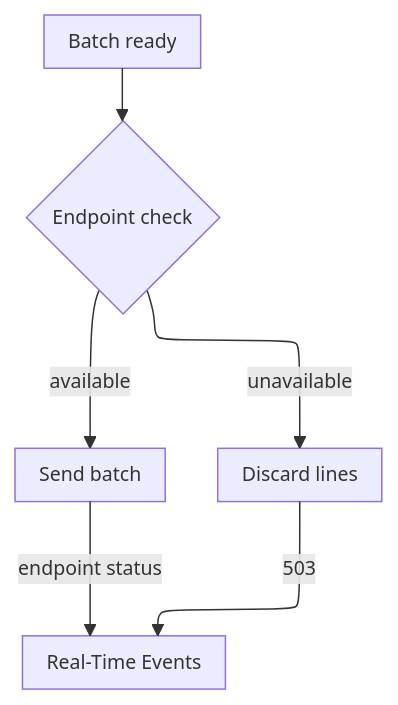
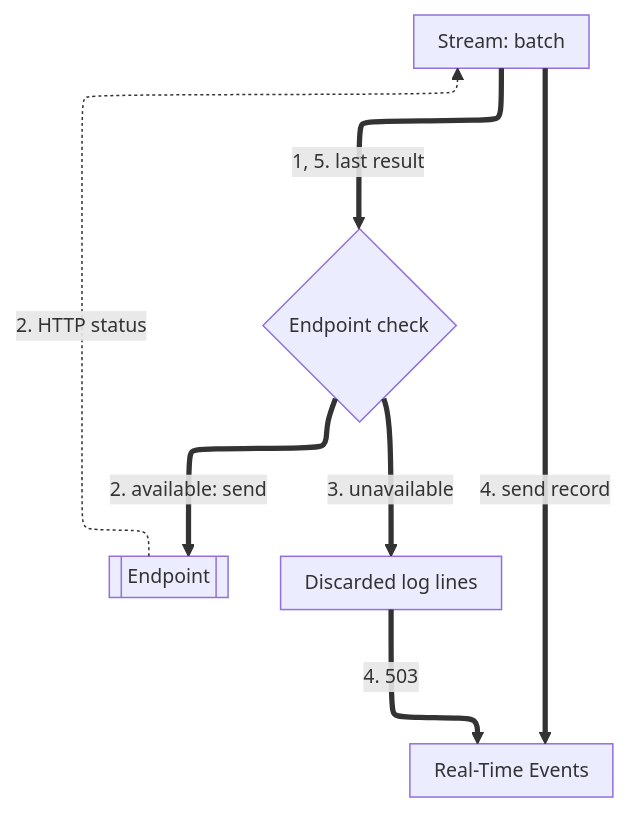
One commit to aziontech/docs changed the third of 3 diagrams in apps/docs/src/content/docs/en/pages/observe/data-stream/how-it-works.mdx. Above: the diagram before and after it, drawn with Mermaid. The commit also changed other lines of this file and 92 other files, not shown here.

````diff
--- a/apps/docs/src/content/docs/en/pages/observe/data-stream/how-it-works.mdx
+++ b/apps/docs/src/content/docs/en/pages/observe/data-stream/how-it-works.mdx
@@ -100,9 +113,15 @@
 ```mermaid
-%%{init: {"layout": "elk", "themeVariables": {"fontSize": "13px"}, "flowchart": {"nodeSpacing": 24, "rankSpacing": 36, "padding": 8, "wrappingWidth": 150, "useMaxWidth": true}, "sequence": {"width": 120, "actorMargin": 30, "useMaxWidth": true}}}%%
+%%{init: {"layout": "elk", "elk": {"cycleBreakingStrategy": "MODEL_ORDER"}, "themeVariables": {"fontSize": "13px"}, "flowchart": {"nodeSpacing": 24, "rankSpacing": 36, "padding": 8, "wrappingWidth": 150, "useMaxWidth": true}, "sequence": {"width": 120, "actorMargin": 30, "useMaxWidth": true}}}%%
 flowchart TD
-  Ready["Batch ready"] --> Check{"Endpoint check"}
-  Check -->|"available"| Send["Send batch"]
-  Check -->|"unavailable"| Drop["Discard lines"]
-  Send -->|"endpoint status"| Rec["Real-Time Events"]
-  Drop -->|"503"| Rec
+  Bat["Stream: batch"]
+  Chk{"Endpoint check"}
+  End[["Endpoint"]]
+  Drop["Discarded log lines"]
+  RTE["Real-Time Events"]
+  Bat ==>|"1, 5. last result"| Chk
+  Chk ==>|"2. available: send"| End
+  End -.->|"2. HTTP status"| Bat
+  Chk ==>|"3. unavailable"| Drop
+  Bat ==>|"4. send record"| RTE
+  Drop ==>|"4. 503"| RTE
 ```
````
